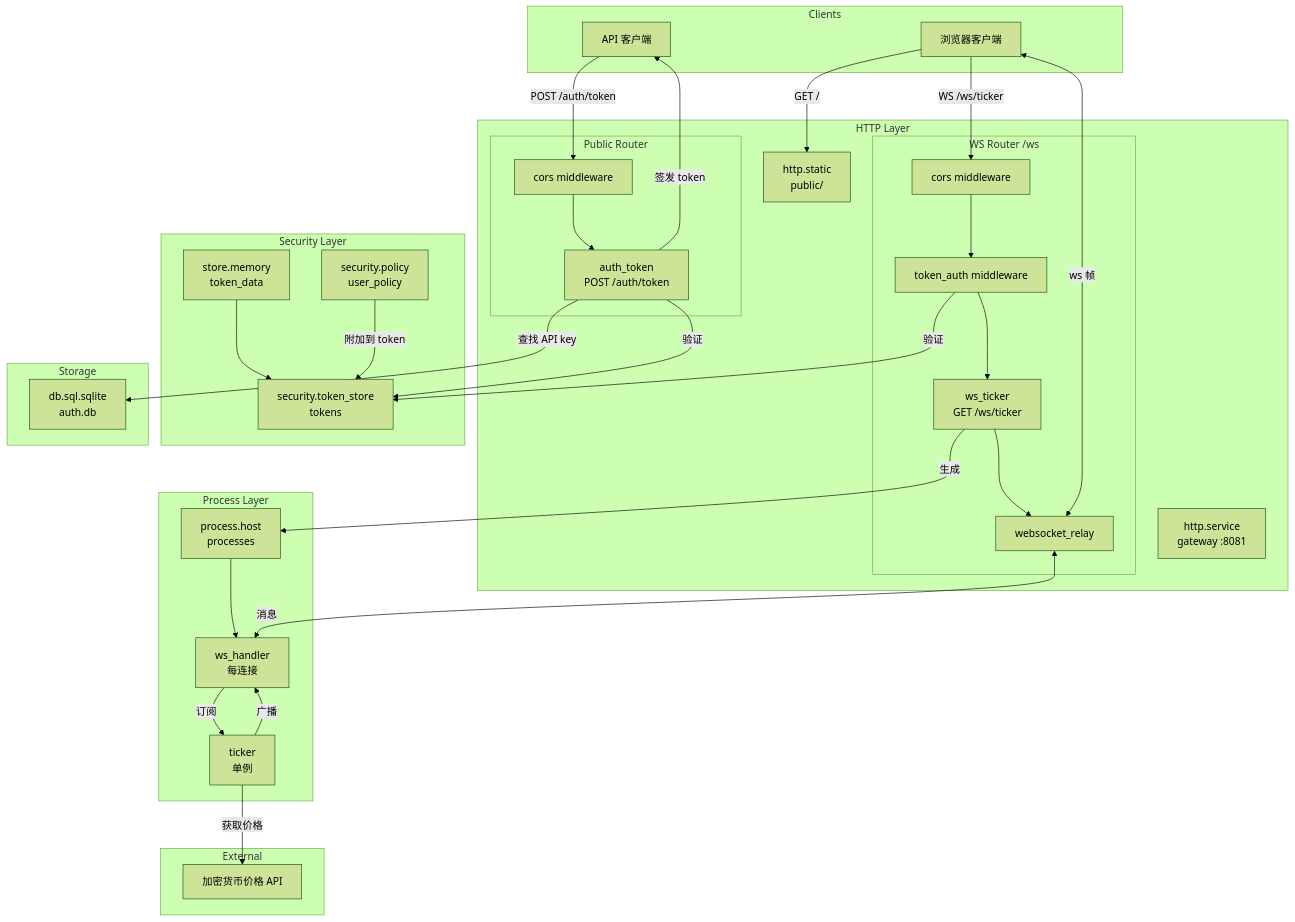
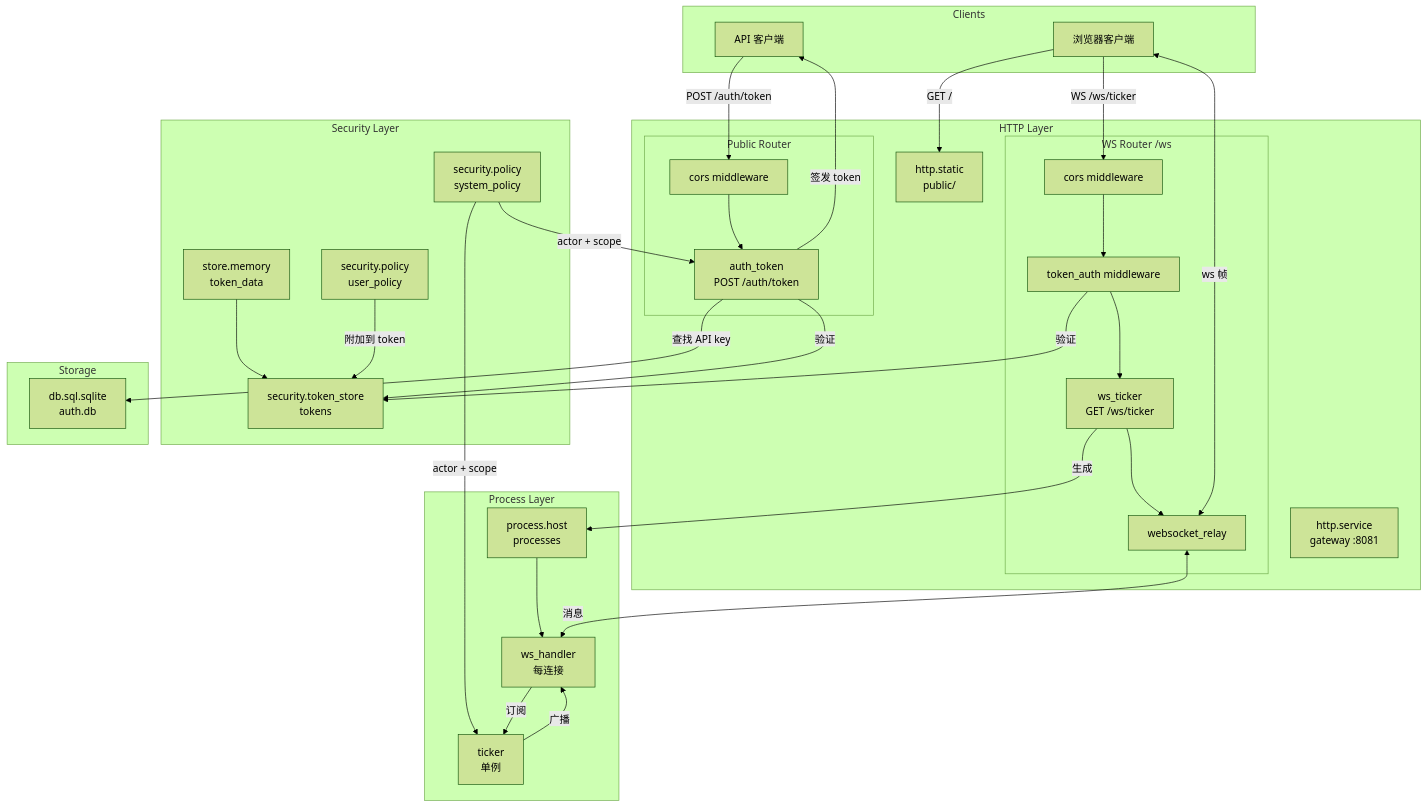
One commit to wippyai/docs changed the diagram in zh/tutorials/auth.md. Above: the diagram before and after it, drawn with Mermaid (forest theme). The commit also changed other lines of this file and 143 other files, not shown here.

````diff
--- a/zh/tutorials/auth.md
+++ b/zh/tutorials/auth.md
@@ -36,78 +36,74 @@
 ```mermaid
 flowchart TB
     subgraph Clients
         Browser[浏览器客户端]
         API[API 客户端]
     end
 
     subgraph "HTTP Layer"
         Server[http.service<br/>gateway :8081]
         Static[http.static<br/>public/]
 
         subgraph "Public Router"
             CORS1[cors middleware]
             AuthEndpoint[auth_token<br/>POST /auth/token]
         end
 
         subgraph "WS Router /ws"
             CORS2[cors middleware]
             TokenAuth[token_auth middleware]
             WSEndpoint[ws_ticker<br/>GET /ws/ticker]
             WSRelay[websocket_relay]
         end
     end
 
     subgraph "Security Layer"
         TokenStore[security.token_store<br/>tokens]
         Policy[security.policy<br/>user_policy]
+        SysPolicy[security.policy<br/>system_policy]
         MemStore[store.memory<br/>token_data]
     end
 
     subgraph "Storage"
         DB[db.sql.sqlite<br/>auth.db]
     end
 
     subgraph "Process Layer"
         Supervisor[process.host<br/>processes]
         WSHandler[ws_handler<br/>每连接]
         Ticker[ticker<br/>单例]
-    end
-
-    subgraph "External"
-        CryptoAPI[加密货币价格 API]
     end
 
     %% 客户端连接
     Browser -->|"GET /"| Static
     API -->|"POST /auth/token"| CORS1
     Browser -->|"WS /ws/ticker"| CORS2
 
     %% API 流程
     CORS1 --> AuthEndpoint
     AuthEndpoint -->|验证| TokenStore
     AuthEndpoint -->|"签发 token"| API
 
     %% WS 流程
     CORS2 --> TokenAuth
     TokenAuth -->|验证| TokenStore
     TokenAuth --> WSEndpoint
     WSEndpoint -->|生成| Supervisor
     Supervisor --> WSHandler
     WSEndpoint --> WSRelay
     WSRelay <-->|"消息"| WSHandler
 
     %% Token store 依赖
     MemStore --> TokenStore
     Policy -->|附加到 token| TokenStore
+    SysPolicy -->|"actor + scope"| AuthEndpoint
+    SysPolicy -->|"actor + scope"| Ticker
 
     %% Auth 使用 DB 存储 API keys
     AuthEndpoint -->|查找 API key| DB
 
     %% 进程通信
     WSHandler -->|订阅| Ticker
     Ticker -->|广播| WSHandler
     WSRelay <-->|"ws 帧"| Browser
-
-    %% 外部
-    Ticker -->|获取价格| CryptoAPI
 ```
````
